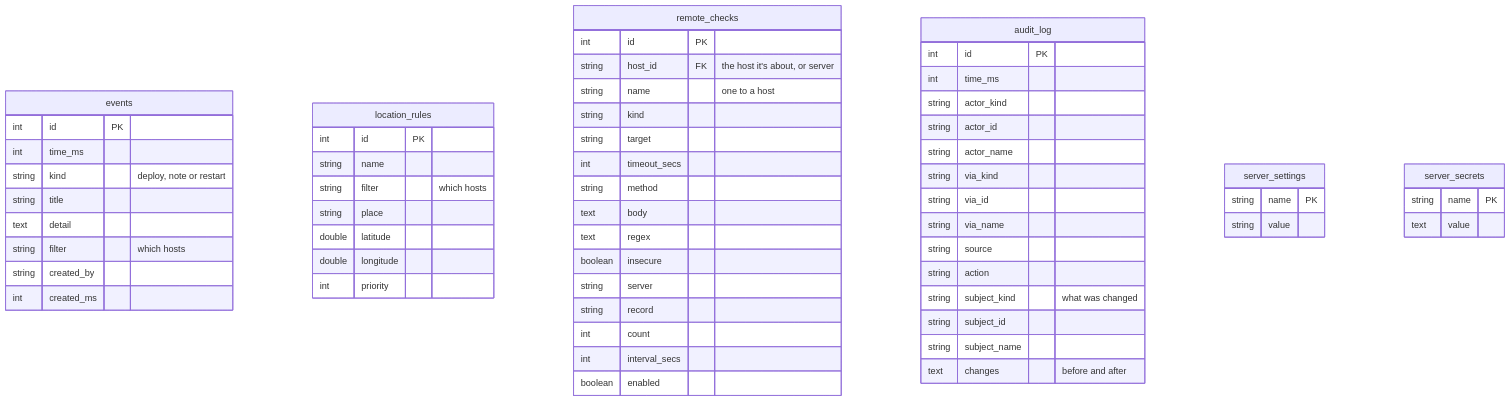
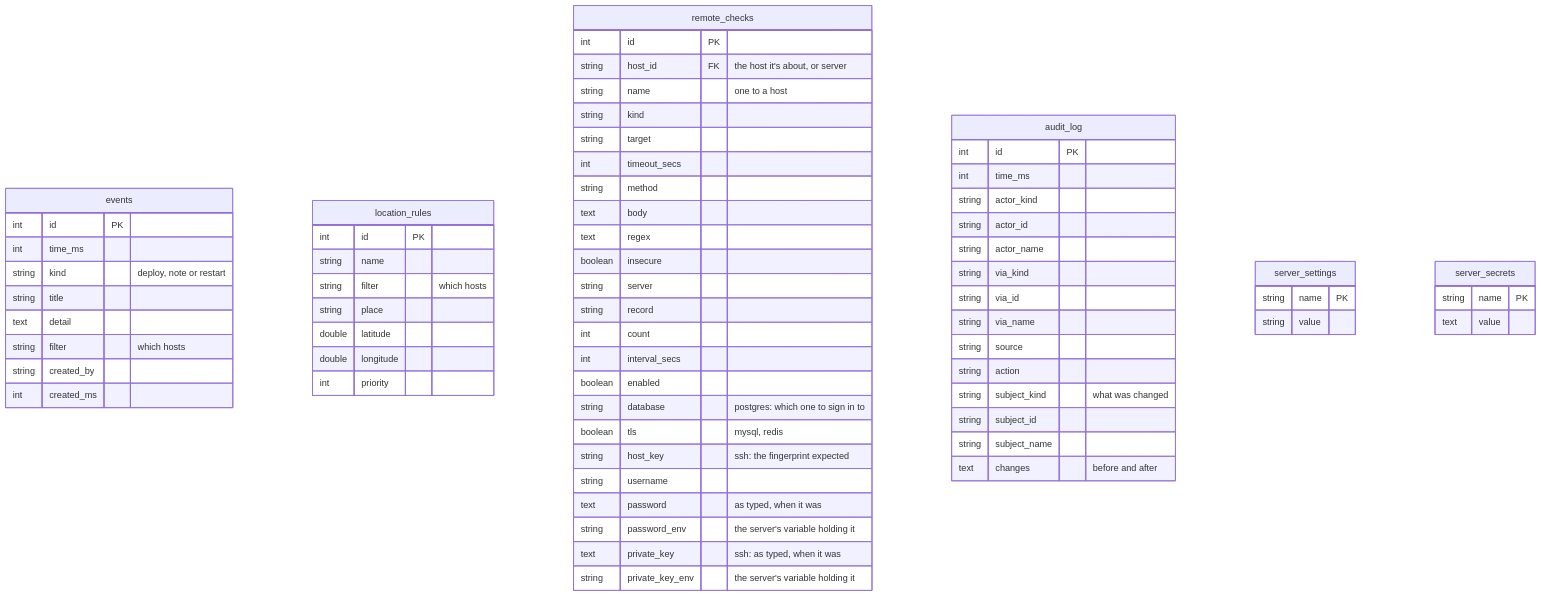
Before and after one commit to sfreiberg/maxnines: the second of 4 diagrams in database/README.md, drawn with Mermaid. The commit also changed 26 other files, not shown here.

First line of the commit message:
Add PostgreSQL, MySQL, Redis and SSH checks that can sign in

````diff
--- a/database/README.md
+++ b/database/README.md
@@ -316,63 +316,71 @@
 ```mermaid
 erDiagram
     events {
         int id PK
         int time_ms
         string kind "deploy, note or restart"
         string title
         text detail
         string filter "which hosts"
         string created_by
         int created_ms
     }
     location_rules {
         int id PK
         string name
         string filter "which hosts"
         string place
         double latitude
         double longitude
         int priority
     }
     remote_checks {
         int id PK
         string host_id FK "the host it's about, or server"
         string name "one to a host"
         string kind
         string target
         int timeout_secs
         string method
         text body
         text regex
         boolean insecure
         string server
         string record
         int count
         int interval_secs
         boolean enabled
+        string database "postgres: which one to sign in to"
+        boolean tls "mysql, redis"
+        string host_key "ssh: the fingerprint expected"
+        string username
+        text password "as typed, when it was"
+        string password_env "the server's variable holding it"
+        text private_key "ssh: as typed, when it was"
+        string private_key_env "the server's variable holding it"
     }
     audit_log {
         int id PK
         int time_ms
         string actor_kind
         string actor_id
         string actor_name
         string via_kind
         string via_id
         string via_name
         string source
         string action
         string subject_kind "what was changed"
         string subject_id
         string subject_name
         text changes "before and after"
     }
     server_settings {
         string name PK
         string value
     }
     server_secrets {
         string name PK
         text value
     }
 ```
````
